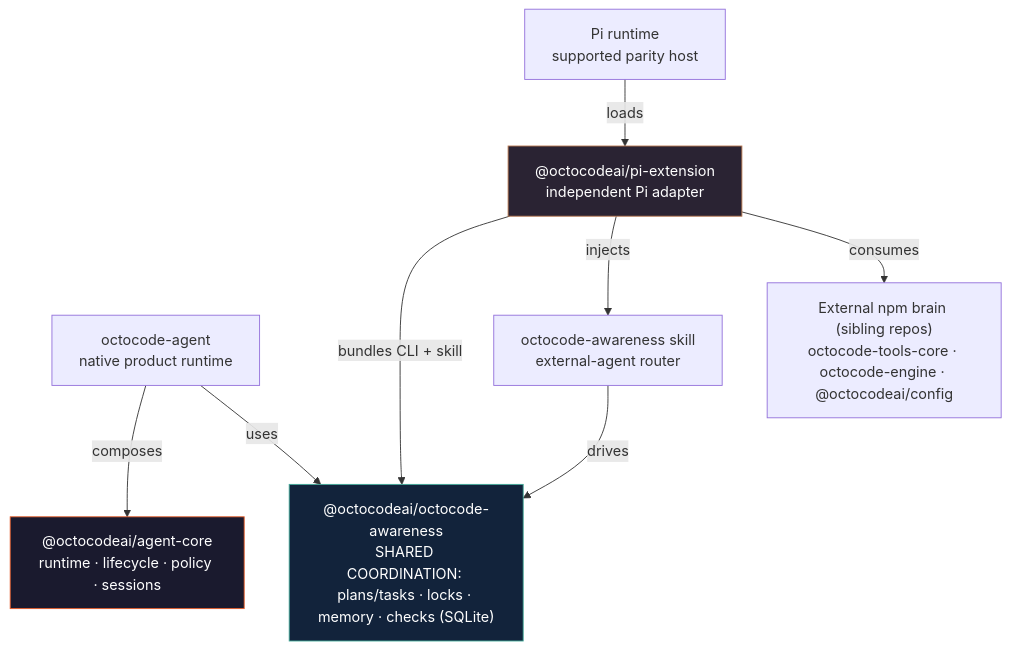
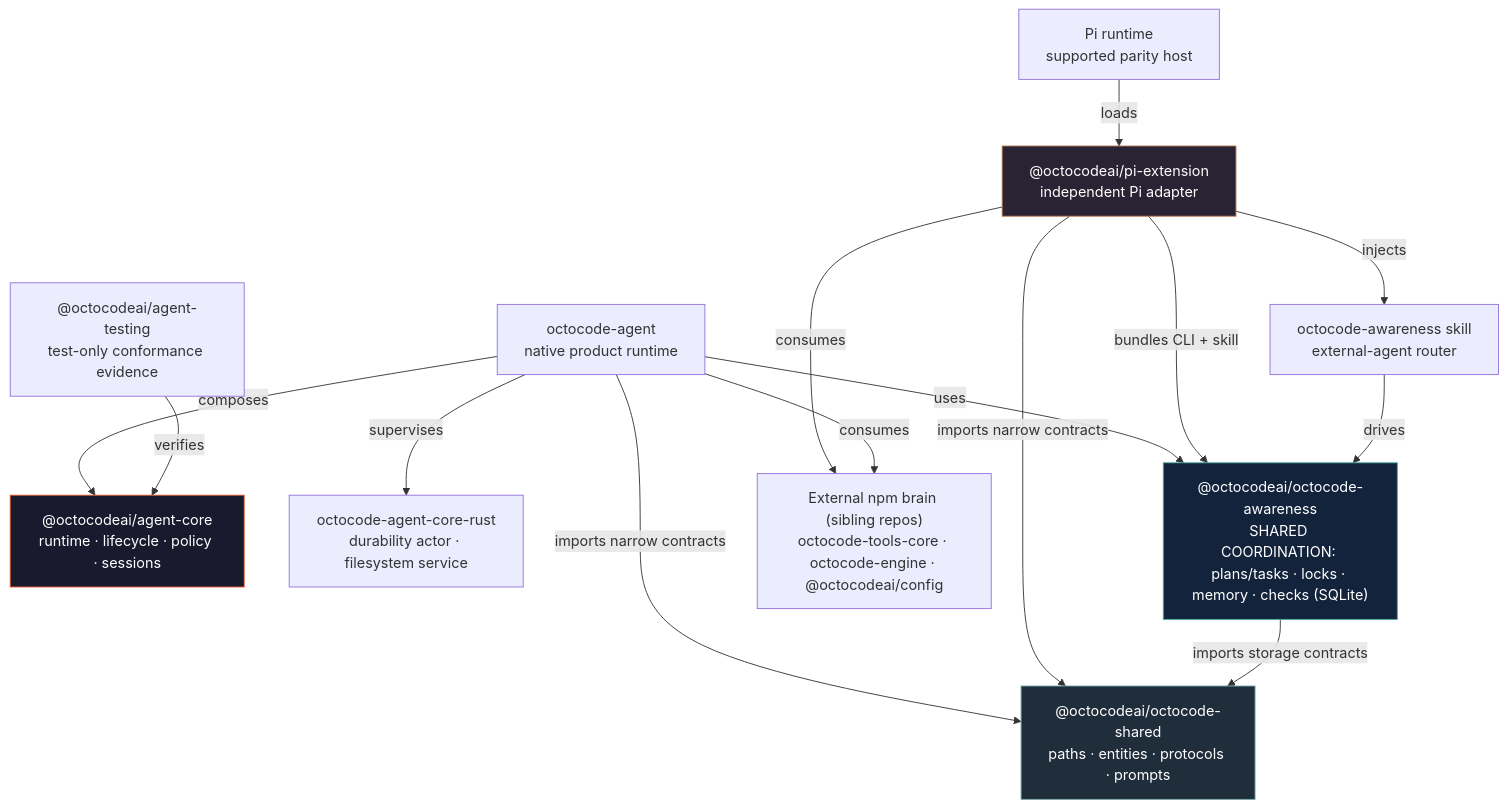
Before and after one commit to bgauryy/octocode-agent: the diagram in README.md, drawn with Mermaid. The commit also changed other lines of this file and 2965 other files, not shown here.

````diff
--- a/README.md
+++ b/README.md
@@ -282,22 +283,32 @@
 ```mermaid
 graph TD
     AGENT["octocode-agent<br/>native product runtime"]
     CORE["@octocodeai/agent-core<br/>runtime · lifecycle · policy · sessions"]
+    RUST["octocode-agent-core-rust<br/>durability actor · filesystem service"]
+    TEST["@octocodeai/agent-testing<br/>test-only conformance evidence"]
+    SHARED["@octocodeai/octocode-shared<br/>paths · entities · protocols · prompts"]
     PI["Pi runtime<br/>supported parity host"]
     EXT["@octocodeai/pi-extension<br/>independent Pi adapter"]
     AW["@octocodeai/octocode-awareness<br/>SHARED COORDINATION: plans/tasks · locks · memory · checks (SQLite)"]
     SKILL["octocode-awareness skill<br/>external-agent router"]
     BRAIN["External npm brain (sibling repos)<br/>octocode-tools-core · octocode-engine · @octocodeai/config"]
 
     AGENT -- composes --> CORE
+    AGENT -- supervises --> RUST
+    TEST -- verifies --> CORE
+    AGENT -- imports narrow contracts --> SHARED
     AGENT -- uses --> AW
     PI -- loads --> EXT
     EXT -- bundles CLI + skill --> AW
     EXT -- injects --> SKILL
     SKILL -- drives --> AW
     EXT -- consumes --> BRAIN
+    EXT -- imports narrow contracts --> SHARED
+    AW -- imports storage contracts --> SHARED
+    AGENT -- consumes --> BRAIN
 
     style CORE fill:#1a1a2e,stroke:#e75d2a,color:#fff
+    style SHARED fill:#202d3a,stroke:#7aa,color:#fff
     style EXT fill:#2a2333,stroke:#b87850,color:#fff
     style AW fill:#12233b,stroke:#4a9,color:#fff
 ```
````
